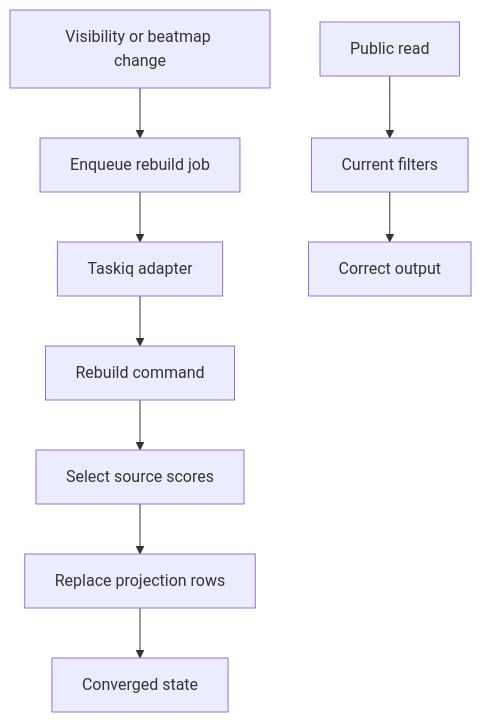
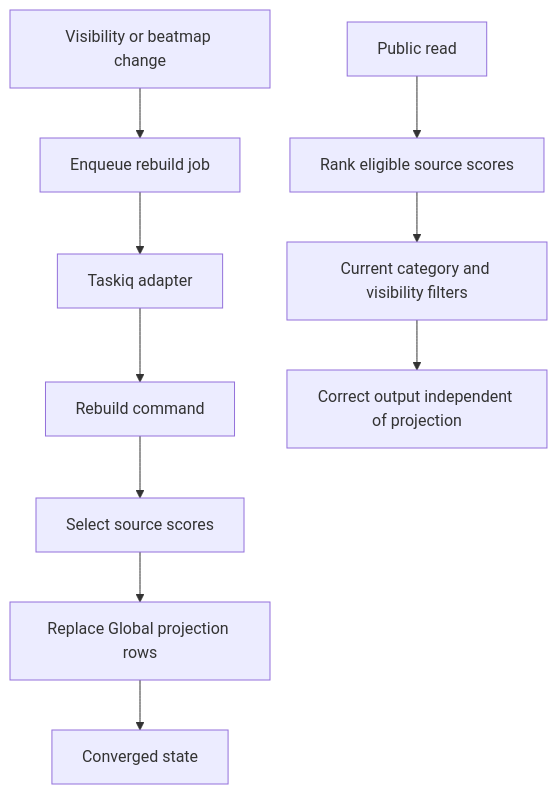
One commit to Reticulmz/athena changed the fourth of 6 diagrams in .kiro/specs/beatmap-leaderboards/design.md. Above: the diagram before and after it, drawn with Mermaid. The commit also changed other lines of this file and 130 other files, not shown here.

````diff
--- a/.kiro/specs/beatmap-leaderboards/design.md
+++ b/.kiro/specs/beatmap-leaderboards/design.md
@@ -267,11 +268,12 @@
 ```mermaid
 graph TB
     Change[Visibility or beatmap change] --> Enqueue[Enqueue rebuild job]
     Enqueue --> Job[Taskiq adapter]
     Job --> Command[Rebuild command]
     Command --> Select[Select source scores]
-    Select --> Replace[Replace projection rows]
+    Select --> Replace[Replace Global projection rows]
     Replace --> Done[Converged state]
-    Read[Public read] --> Filters[Current filters]
-    Filters --> Output[Correct output]
+    Read[Public read] --> Scores[Rank eligible source scores]
+    Scores --> Filters[Current category and visibility filters]
+    Filters --> Output[Correct output independent of projection]
 ```
````
